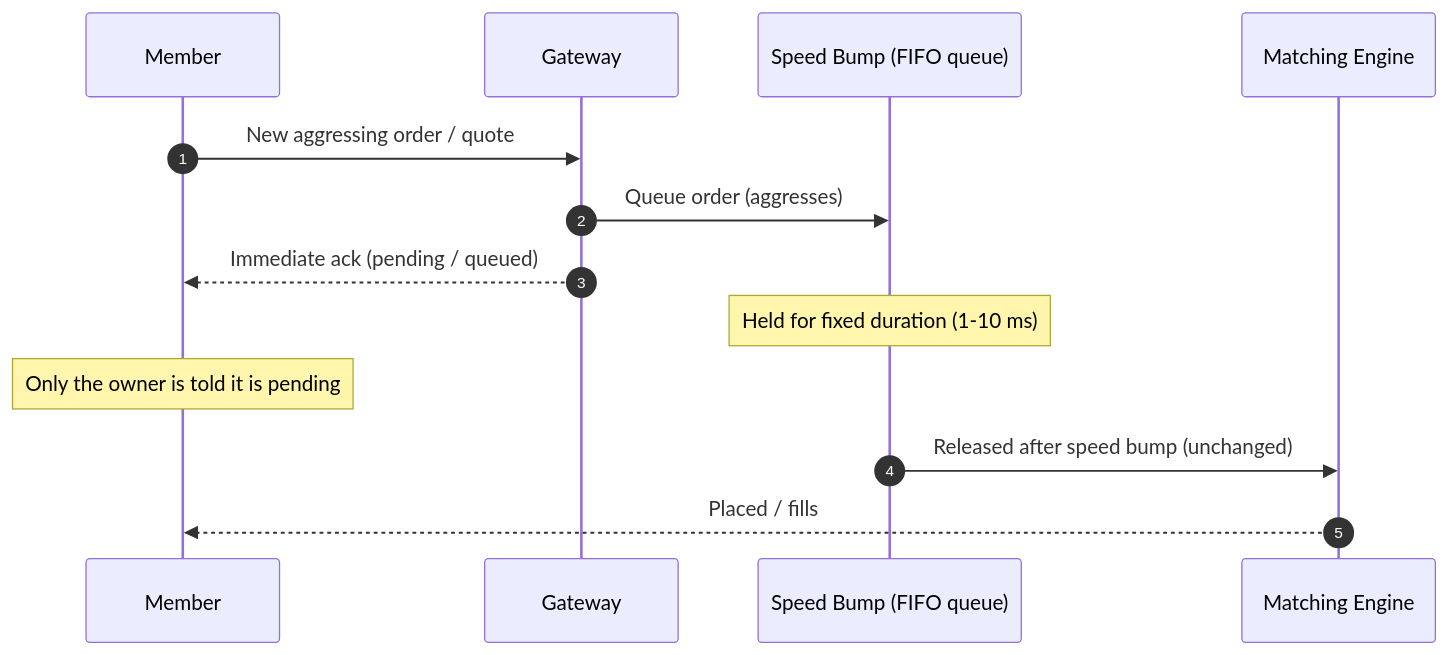
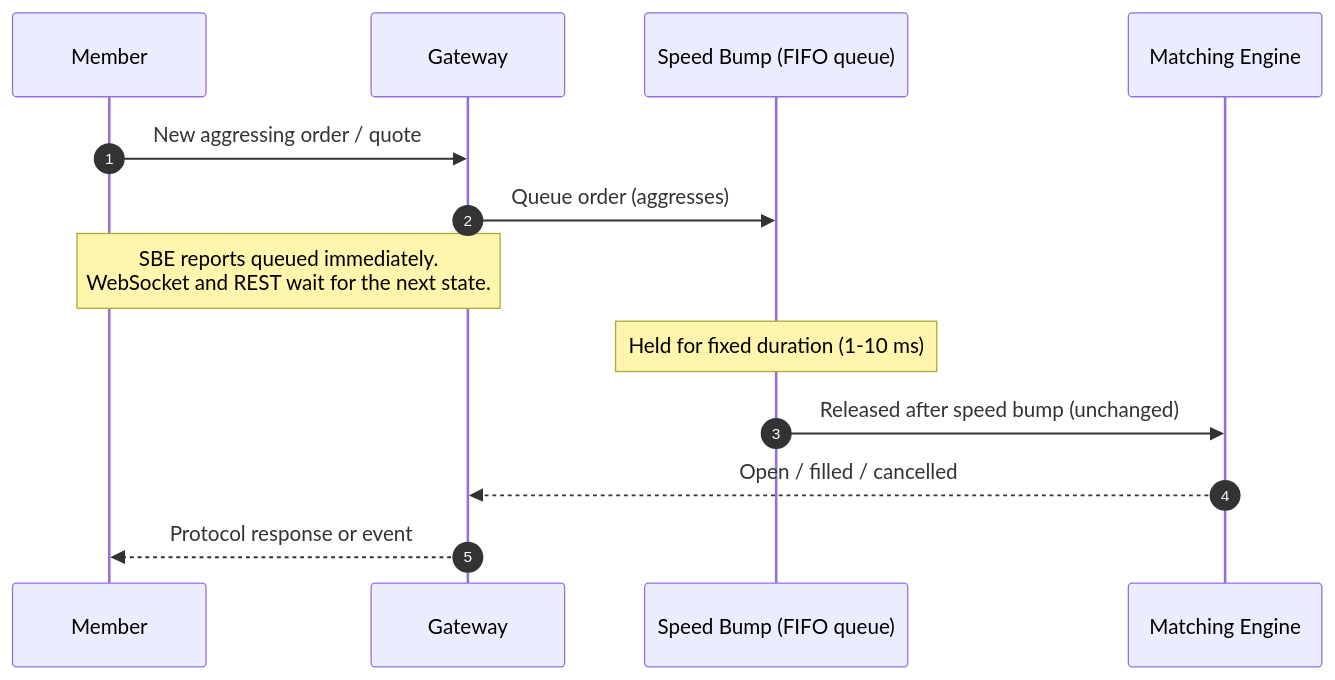
One commit to dzmbs/options-docs changed the first of 2 diagrams in deribit/starbase/speed-bumps.md. Above: the diagram before and after it, drawn with Mermaid. The commit also changed other lines of this file and 58 other files, not shown here.

````diff
--- a/deribit/starbase/speed-bumps.md
+++ b/deribit/starbase/speed-bumps.md
@@ -32,15 +32,15 @@
 ```mermaid theme={null}
 sequenceDiagram
     autonumber
     participant M as Member
     participant GW as Gateway
     participant SB as Speed Bump (FIFO queue)
     participant OB as Matching Engine
     M->>GW: New aggressing order / quote
     GW->>SB: Queue order (aggresses)
-    GW-->>M: Immediate ack (pending / queued)
+    Note over M,GW: SBE reports queued immediately.<br/>WebSocket and REST wait for the next state.
     Note over SB: Held for fixed duration (1-10 ms)
-    Note over M: Only the owner is told it is pending
     SB->>OB: Released after speed bump (unchanged)
-    OB-->>M: Placed / fills
+    OB-->>GW: Open / filled / cancelled
+    GW-->>M: Protocol response or event
 ```
````
